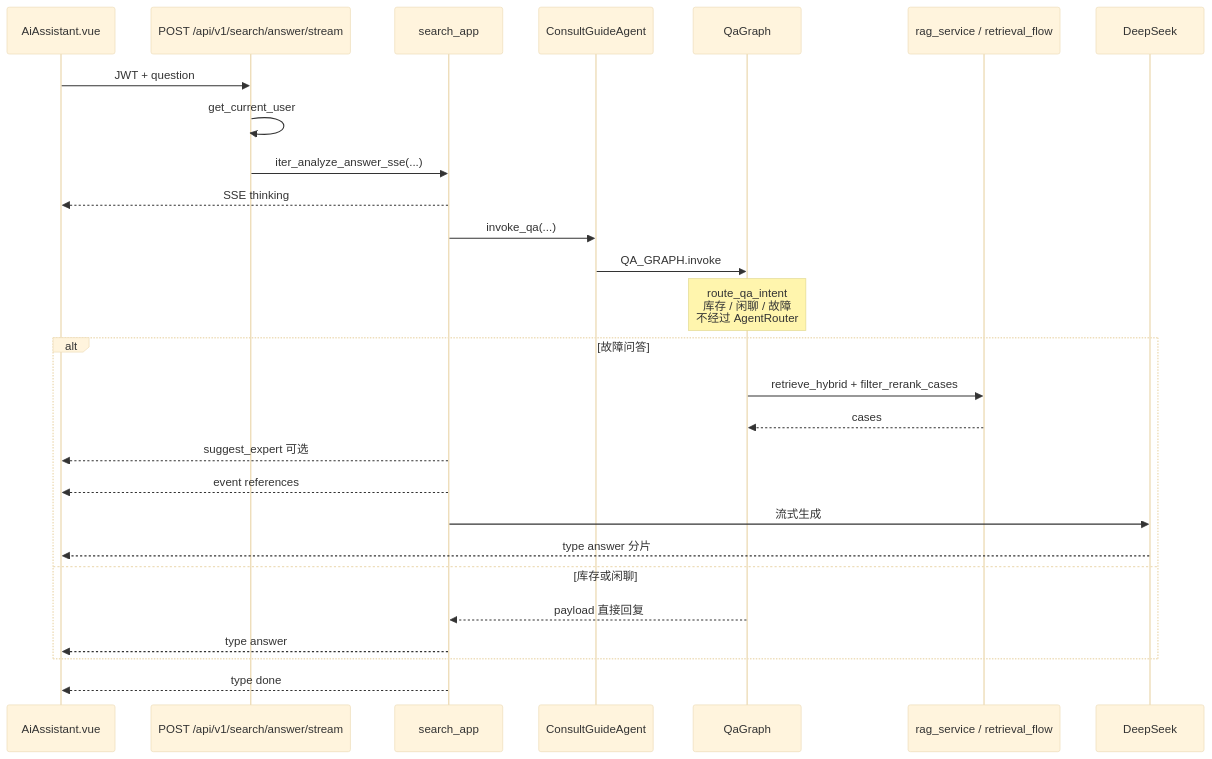
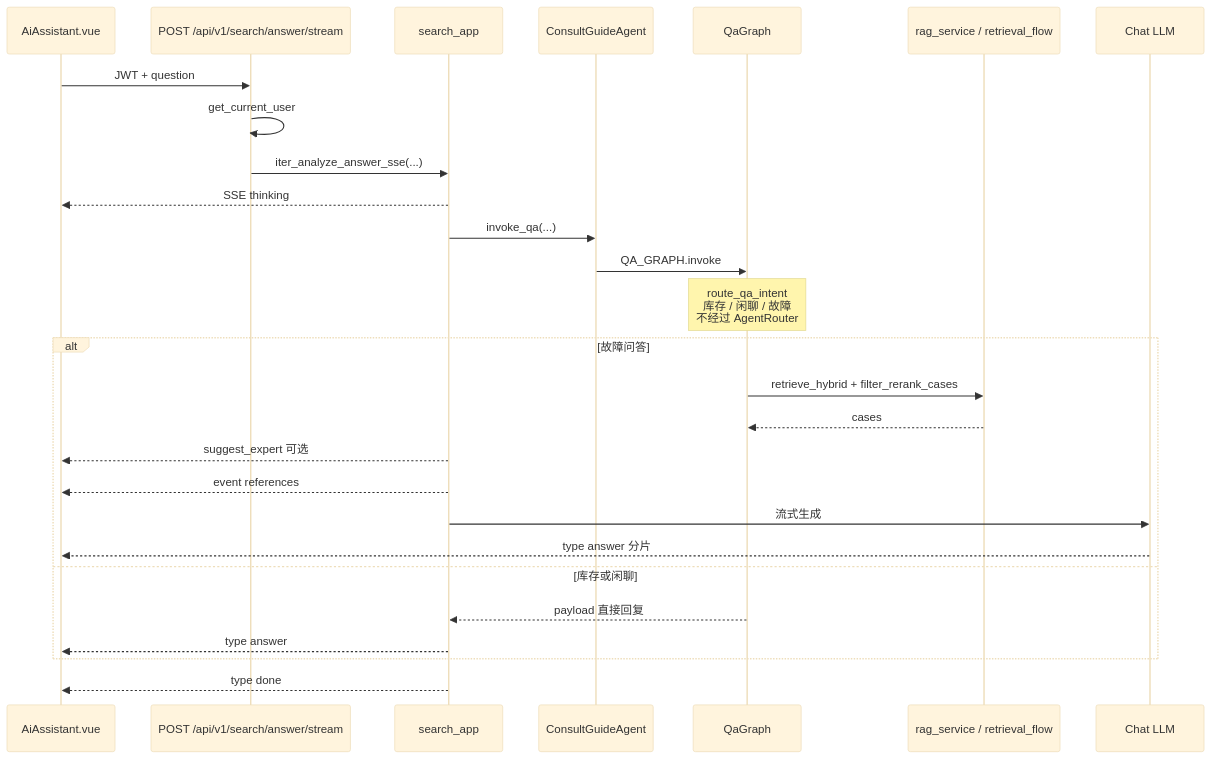
One commit to SHUN-EI/Car-Repair-System changed the second of 10 diagrams in docs/ARCHITECTURE.md. Above: the diagram before and after it, drawn with Mermaid (base theme). The commit also changed other lines of this file and 28 other files, not shown here.

````diff
--- a/docs/ARCHITECTURE.md
+++ b/docs/ARCHITECTURE.md
@@ -128,30 +128,30 @@
 ```mermaid
 sequenceDiagram
     participant UI as AiAssistant.vue
     participant API as POST /api/v1/search/answer/stream
     participant S as search_app
     participant Facade as ConsultGuideAgent
     participant G as QaGraph
     participant R as rag_service / retrieval_flow
-    participant LLM as DeepSeek
+    participant LLM as Chat LLM
 
     UI->>API: JWT + question
     API->>API: get_current_user
     API->>S: iter_analyze_answer_sse(...)
     S-->>UI: SSE thinking
     S->>Facade: invoke_qa(...)
     Facade->>G: QA_GRAPH.invoke
     Note over G: route_qa_intent<br/>库存 / 闲聊 / 故障<br/>不经过 AgentRouter
     alt 故障问答
         G->>R: retrieve_hybrid + filter_rerank_cases
         R-->>G: cases
         S-->>UI: suggest_expert 可选
         S-->>UI: event references
         S->>LLM: 流式生成
         LLM-->>UI: type answer 分片
     else 库存或闲聊
         G-->>S: payload 直接回复
         S-->>UI: type answer
     end
     S-->>UI: type done
 ```
````
